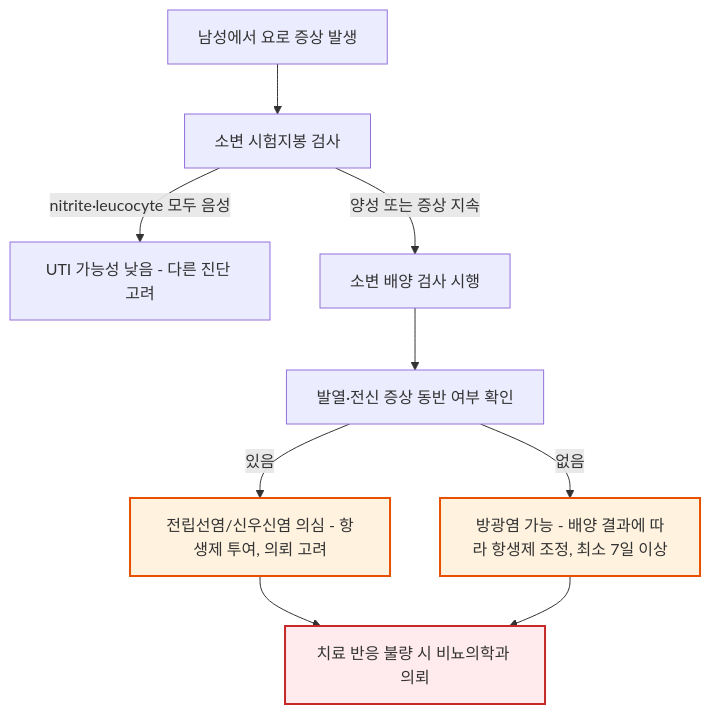
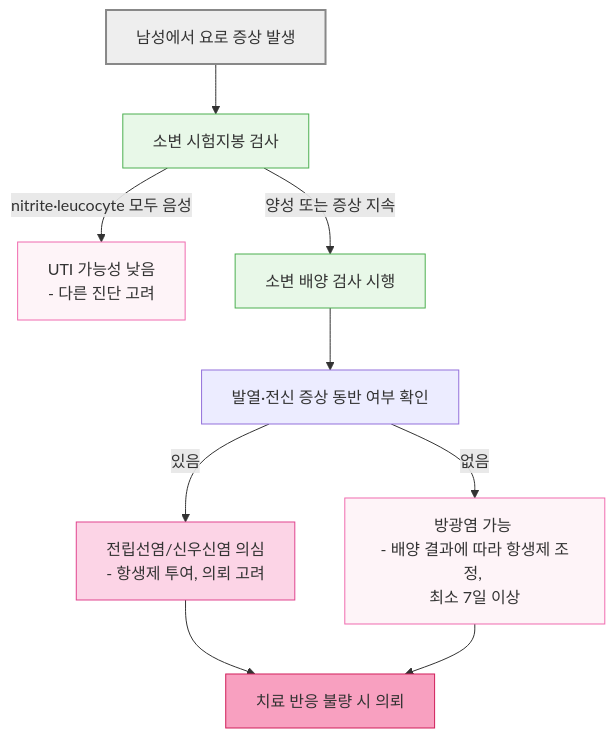
Before and after one commit to familyoh77/familyoh77: the fourth of 6 diagrams in 227_/113_-urinary-tract-infection.md, drawn with Mermaid. The commit also changed other lines of this file, not shown here.

````diff
--- a/227_/113_-urinary-tract-infection.md
+++ b/227_/113_-urinary-tract-infection.md
@@ -257,15 +268,19 @@
 ```mermaid
 graph TD
     A["남성에서 요로 증상 발생"] --> B["소변 시험지봉 검사"]
-    B -->|nitrite·leucocyte 모두 음성| C["UTI 가능성 낮음 - 다른 진단 고려"]
+    B -->|nitrite·leucocyte 모두 음성| C["UTI 가능성 낮음 <br/>- 다른 진단 고려"]
     B -->|양성 또는 증상 지속| D["소변 배양 검사 시행"]
     D --> E["발열·전신 증상 동반 여부 확인"]
-    E -->|있음| F["전립선염/신우신염 의심 - 항생제 투여, 의뢰 고려"]
-    E -->|없음| G["방광염 가능 - 배양 결과에 따라 항생제 조정, 최소 7일 이상"]
-    F --> H["치료 반응 불량 시 비뇨의학과 의뢰"]
+    E -->|있음| F["전립선염/신우신염 의심 <br/>- 항생제 투여, 의뢰 고려"]
+    E -->|없음| G["방광염 가능 <br/>- 배양 결과에 따라 항생제 조정, <br/>최소 7일 이상"]
+    F --> H["치료 반응 불량 시 의뢰"]
     G --> H
 
-    style F fill:#fff3e0,stroke:#e65100,stroke-width:2px
-    style G fill:#fff3e0,stroke:#e65100,stroke-width:2px
-    style H fill:#ffebee,stroke:#c62828,stroke-width:2px
+style A fill:#eeeeee,stroke:#888888,stroke-width:2px
+classDef lightGreen fill:#e8f8e8,stroke:#4caf50
+class B,D lightGreen
+style C fill:#fef4f8,stroke:#f06baf
+style G fill:#fef4f8,stroke:#f06baf
+style F fill:#fcd4e6,stroke:#e0448e
+style H fill:#f8a0c0,stroke:#d01f5a
 ```
````
